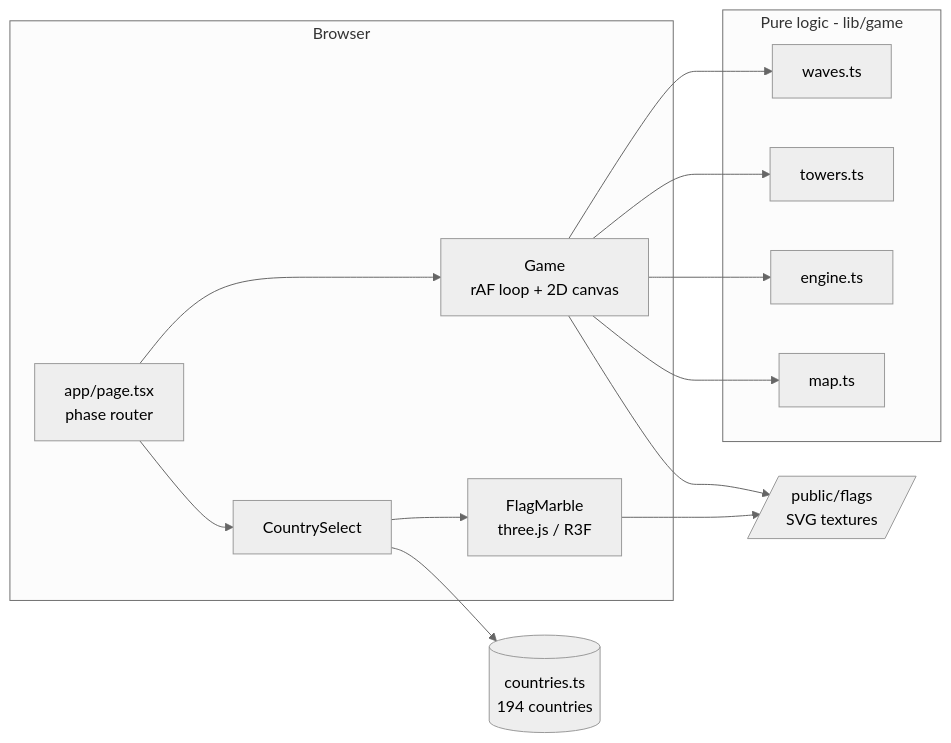
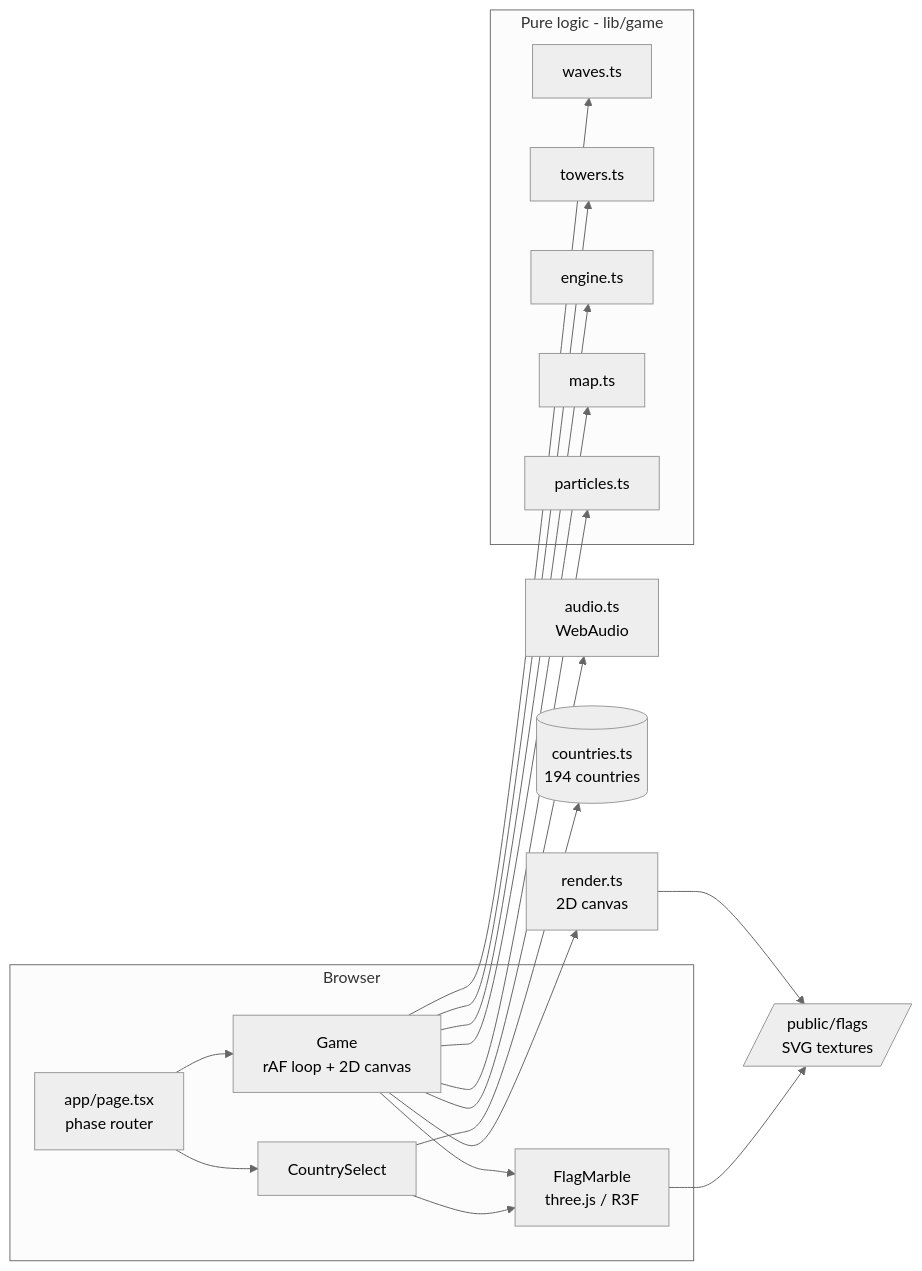
Before and after one commit to bunlongheng/country-defense: the diagram in README.md, drawn with Mermaid (neutral theme). The commit also changed other lines of this file and 3 other files, not shown here.

Commit message:
docs: refresh README + screenshots for 10 waves, 7 towers, 3D base, sound, effects

````diff
--- a/README.md
+++ b/README.md
@@ -52,24 +56,29 @@
 ```mermaid
 flowchart LR
     subgraph Client [Browser]
         Page[app/page.tsx<br/>phase router]
         Select[CountrySelect]
         Marble[FlagMarble<br/>three.js / R3F]
         Game[Game<br/>rAF loop + 2D canvas]
     end
     subgraph Sim [Pure logic - lib/game]
         Waves[waves.ts]
         Towers[towers.ts]
         Engine[engine.ts]
         Map[map.ts]
+        Particles[particles.ts]
     end
+    Render[render.ts<br/>2D canvas]
+    Audio[audio.ts<br/>WebAudio]
     Data[(countries.ts<br/>194 countries)]
     Flags[/public/flags<br/>SVG textures/]
 
     Page --> Select --> Marble
     Page --> Game
     Select --> Data
     Marble --> Flags
-    Game --> Waves & Towers & Engine & Map
-    Game --> Flags
+    Game --> Waves & Towers & Engine & Map & Particles
+    Game --> Render & Audio
+    Game --> Marble
+    Render --> Flags
 ```
````
